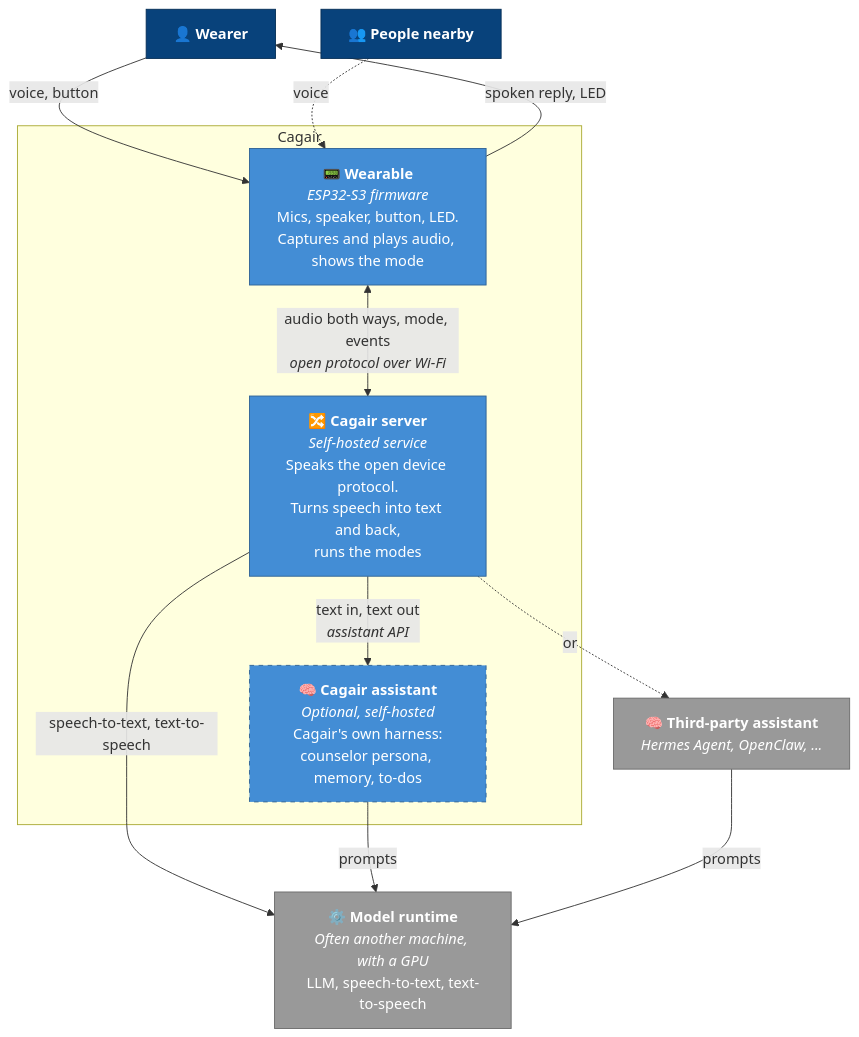
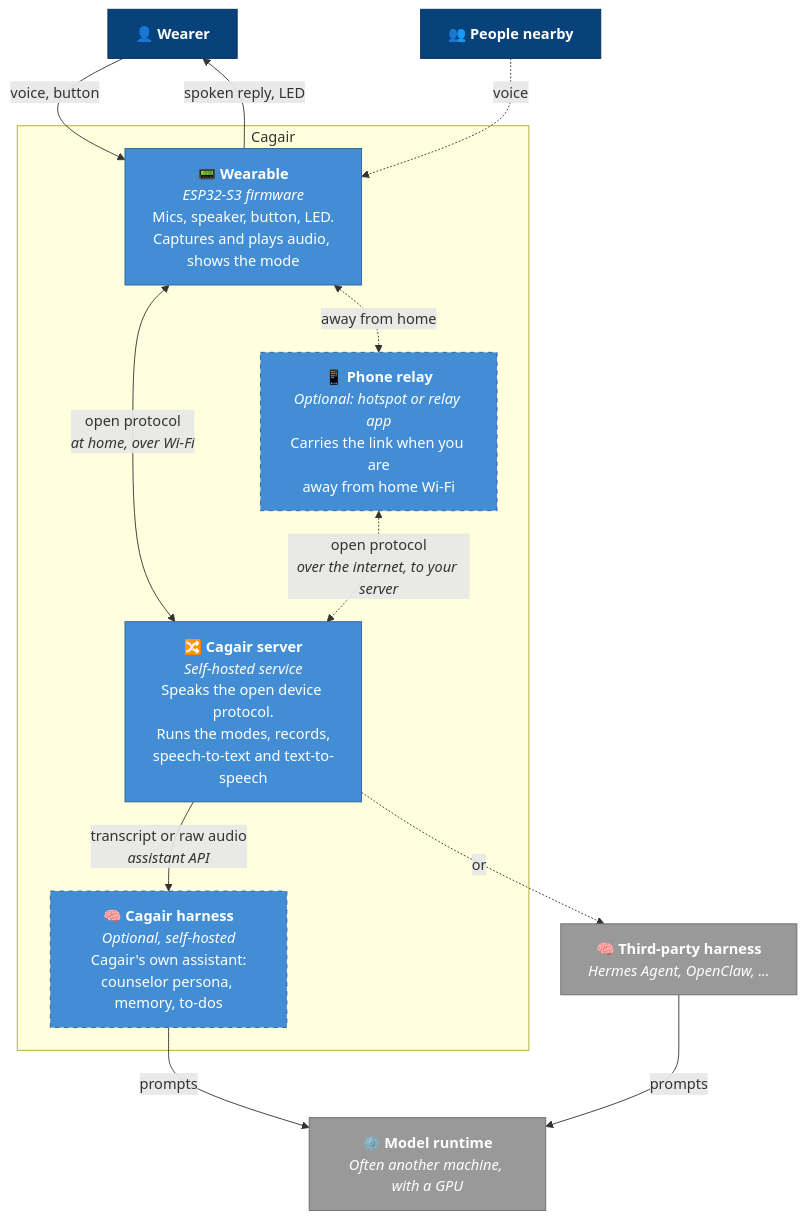
The second of 2 diagrams in docs/architecture.md (alphanovia/cagair), drawn with Mermaid before and after one commit. The commit also changed other lines of this file and 1 other file, not shown here.

First line of the commit message:
Refine C4 vision: server owns speech and modes, harness is the assistant, add phone relay

````diff
--- a/docs/architecture.md
+++ b/docs/architecture.md
@@ -43,34 +49,36 @@
 ```mermaid
 flowchart TB
     wearer["👤 <b>Wearer</b>"]
     bystander["👥 <b>People nearby</b>"]
 
     subgraph cagair_boundary ["Cagair"]
         wearable["📟 <b>Wearable</b><br/><i>ESP32-S3 firmware</i><br/>Mics, speaker, button, LED.<br/>Captures and plays audio, shows the mode"]
-        server["🔀 <b>Cagair server</b><br/><i>Self-hosted service</i><br/>Speaks the open device protocol.<br/>Turns speech into text and back,<br/>runs the modes"]
-        own_assistant["🧠 <b>Cagair assistant</b><br/><i>Optional, self-hosted</i><br/>Cagair's own harness:<br/>counselor persona, memory, to-dos"]
+        relay["📱 <b>Phone relay</b><br/><i>Optional: hotspot or relay app</i><br/>Carries the link when you are<br/>away from home Wi-Fi"]
+        server["🔀 <b>Cagair server</b><br/><i>Self-hosted service</i><br/>Speaks the open device protocol.<br/>Runs the modes, records,<br/>speech-to-text and text-to-speech"]
+        own_harness["🧠 <b>Cagair harness</b><br/><i>Optional, self-hosted</i><br/>Cagair's own assistant:<br/>counselor persona, memory, to-dos"]
     end
 
-    third_party["🧠 <b>Third-party assistant</b><br/><i>Hermes Agent, OpenClaw, ...</i>"]
-    models["⚙️ <b>Model runtime</b><br/><i>Often another machine, with a GPU</i><br/>LLM, speech-to-text, text-to-speech"]
+    third_party["🧠 <b>Third-party harness</b><br/><i>Hermes Agent, OpenClaw, ...</i>"]
+    models["⚙️ <b>Model runtime</b><br/><i>Often another machine, with a GPU</i>"]
 
     wearer -- "voice, button" --> wearable
     wearable -- "spoken reply, LED" --> wearer
     bystander -. "voice" .-> wearable
 
-    wearable <-->|"audio both ways, mode, events<br/><i>open protocol over Wi-Fi</i>"| server
-    server -- "text in, text out<br/><i>assistant API</i>" --> own_assistant
+    wearable <-->|"open protocol<br/><i>at home, over Wi-Fi</i>"| server
+    wearable <-.->|"away from home"| relay
+    relay <-.->|"open protocol<br/><i>over the internet, to your server</i>"| server
+    server -- "transcript or raw audio<br/><i>assistant API</i>" --> own_harness
     server -. "or" .-> third_party
-    server -- "speech-to-text, text-to-speech" --> models
-    own_assistant -- "prompts" --> models
+    own_harness -- "prompts" --> models
     third_party -- "prompts" --> models
 
     classDef person fill:#08427b,stroke:#052e56,color:#fff
     classDef container fill:#438dd5,stroke:#2e6295,color:#fff
     classDef optional fill:#438dd5,stroke:#2e6295,color:#fff,stroke-dasharray: 5 5
     classDef external fill:#999,stroke:#6b6b6b,color:#fff
     class wearer,bystander person
     class wearable,server container
-    class own_assistant optional
+    class own_harness,relay optional
     class third_party,models external
 ```
````
